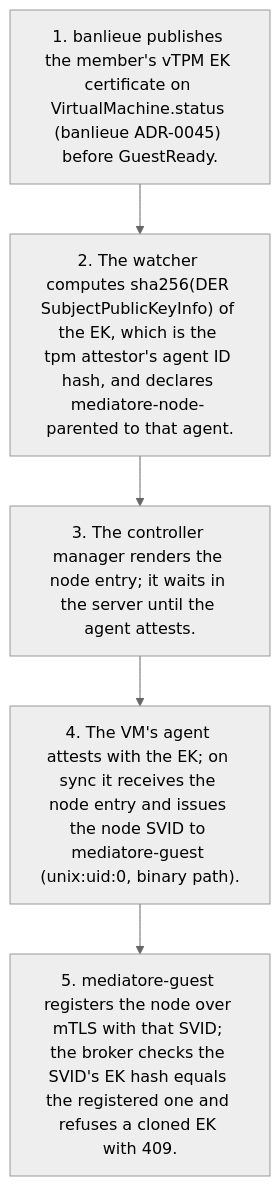
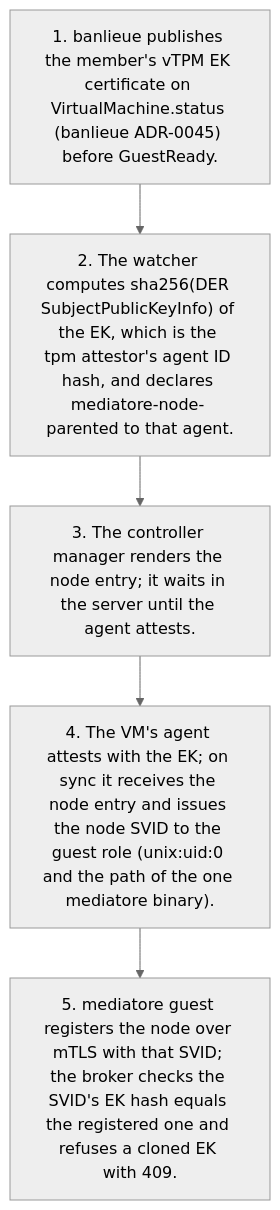
Before and after one commit to firestoned/mediatore: the third of 3 diagrams in docs/architecture/diagrams/flows.md, drawn with Mermaid (neutral theme). The commit also changed 47 other files, not shown here.

First line of the commit message:
feat(cli): one mediatore binary, the roles as subcommands (ADR-0014) (#27)

````diff
--- a/docs/architecture/diagrams/flows.md
+++ b/docs/architecture/diagrams/flows.md
@@ -66,9 +66,9 @@
 ```mermaid
 flowchart TD
     t1["1. banlieue publishes the member's vTPM EK certificate on VirtualMachine.status (banlieue ADR-0045) before GuestReady."]
     t2["2. The watcher computes sha256(DER SubjectPublicKeyInfo) of the EK, which is the tpm attestor's agent ID hash, and declares mediatore-node-<ek-hash> parented to that agent."]
     t3["3. The controller manager renders the node entry; it waits in the server until the agent attests."]
-    t4["4. The VM's agent attests with the EK; on sync it receives the node entry and issues the node SVID to mediatore-guest (unix:uid:0, binary path)."]
-    t5["5. mediatore-guest registers the node over mTLS with that SVID; the broker checks the SVID's EK hash equals the registered one and refuses a cloned EK with 409."]
+    t4["4. The VM's agent attests with the EK; on sync it receives the node entry and issues the node SVID to the guest role (unix:uid:0 and the path of the one mediatore binary)."]
+    t5["5. mediatore guest registers the node over mTLS with that SVID; the broker checks the SVID's EK hash equals the registered one and refuses a cloned EK with 409."]
     t1 --> t2 --> t3 --> t4 --> t5
 ```
````
